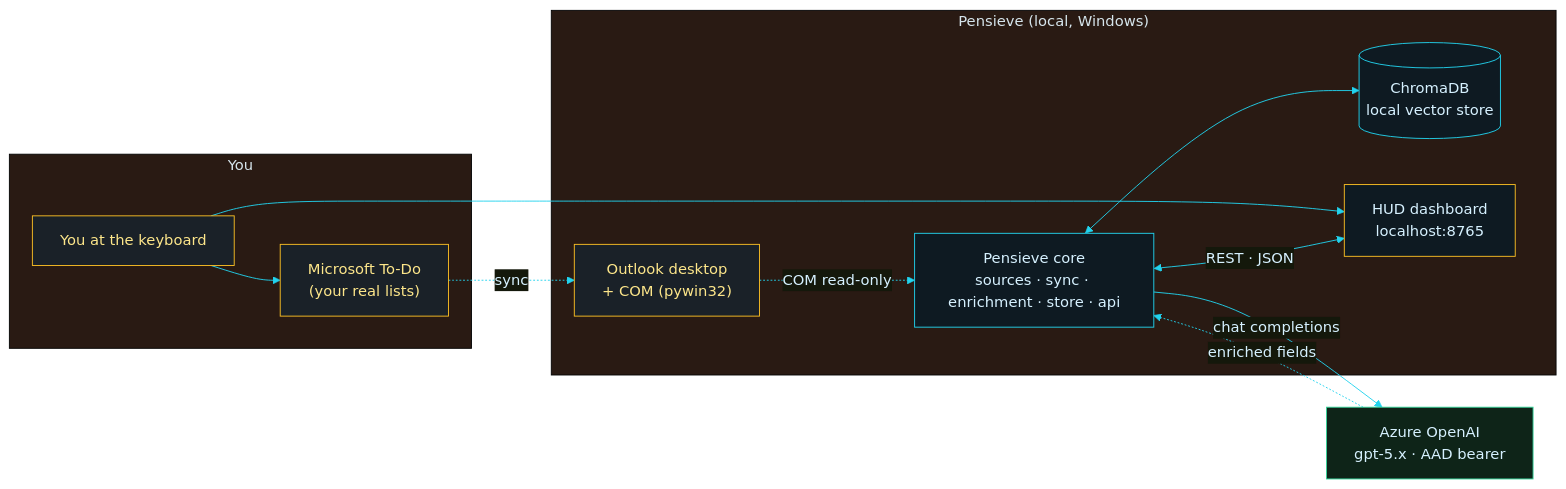
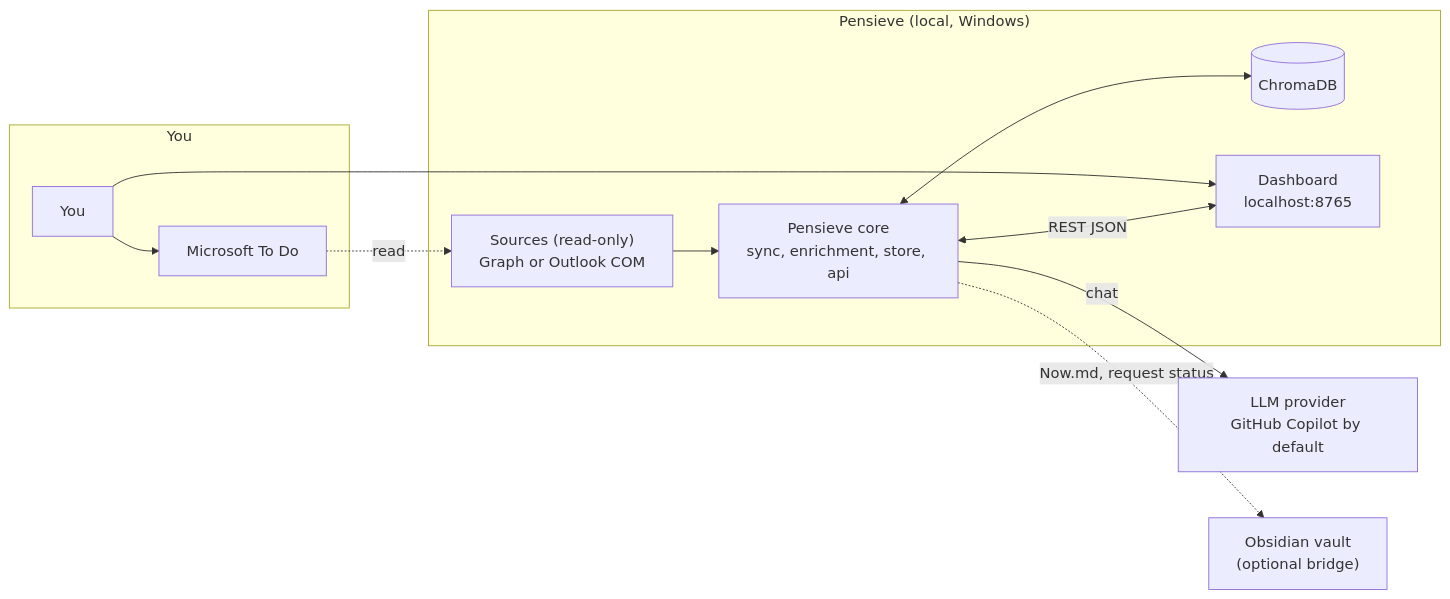
The first of 2 diagrams in README.md (andy-herman/pensieve), drawn with Mermaid before and after one commit. The commit also changed other lines of this file and 5 other files, not shown here.

````diff
--- a/README.md
+++ b/README.md
@@ -281,33 +116,23 @@
 ```mermaid
-%%{init: {'theme':'base','themeVariables':{'primaryColor':'#0b1418','primaryTextColor':'#d6f1ff','primaryBorderColor':'#22d3ee','lineColor':'#22d3ee','fontFamily':'Rajdhani, Share Tech Mono, monospace'}}}%%
 flowchart LR
-    subgraph YOU["You"]
-        ANDY["You at the keyboard"]
-        TODO["Microsoft To-Do<br/>(your real lists)"]
+    subgraph You
+        USER["You"]
+        TODO["Microsoft To Do"]
     end
-    subgraph PENS["Pensieve (local, Windows)"]
-        OUTLOOK["Outlook desktop<br/>+ COM (pywin32)"]
-        CORE["Pensieve core<br/>sources · sync · enrichment · store · api"]
-        CHROMA[("ChromaDB<br/>local vector store")]
-        DASH["HUD dashboard<br/>localhost:8765"]
+    subgraph PC["Pensieve (local, Windows)"]
+        SRC["Sources (read-only)<br/>Graph or Outlook COM"]
+        CORE["Pensieve core<br/>sync, enrichment, store, api"]
+        CHROMA[("ChromaDB")]
+        DASH["Dashboard<br/>localhost:8765"]
     end
-    AOAI["Azure OpenAI<br/>gpt-5.x · AAD bearer"]
+    LLM["LLM provider<br/>GitHub Copilot by default"]
+    VAULT["Obsidian vault<br/>(optional bridge)"]
 
-    ANDY --> TODO
-    ANDY --> DASH
-    TODO -.->|"sync"| OUTLOOK
-    OUTLOOK -.->|"COM read-only"| CORE
+    USER --> TODO
+    USER --> DASH
+    TODO -.->|read| SRC --> CORE
     CORE <--> CHROMA
-    CORE <-->|"REST · JSON"| DASH
-    CORE -->|"chat completions"| AOAI
-    AOAI -.->|"enriched fields"| CORE
-
-    classDef userRole fill:#1a2128,stroke:#fbbf24,color:#fde68a
-    classDef coreRole fill:#0e1a22,stroke:#22d3ee,color:#d6f1ff
-    classDef dashRole fill:#0e1a22,stroke:#fbbf24,color:#d6f1ff
-    classDef llmRole  fill:#0e2418,stroke:#34d399,color:#d6f1ff
-    class TODO,ANDY,OUTLOOK userRole
-    class CORE,CHROMA coreRole
-    class DASH dashRole
-    class AOAI llmRole
+    CORE <-->|REST JSON| DASH
+    CORE -->|chat| LLM
+    CORE -.->|Now.md, request status| VAULT
 ```
````
